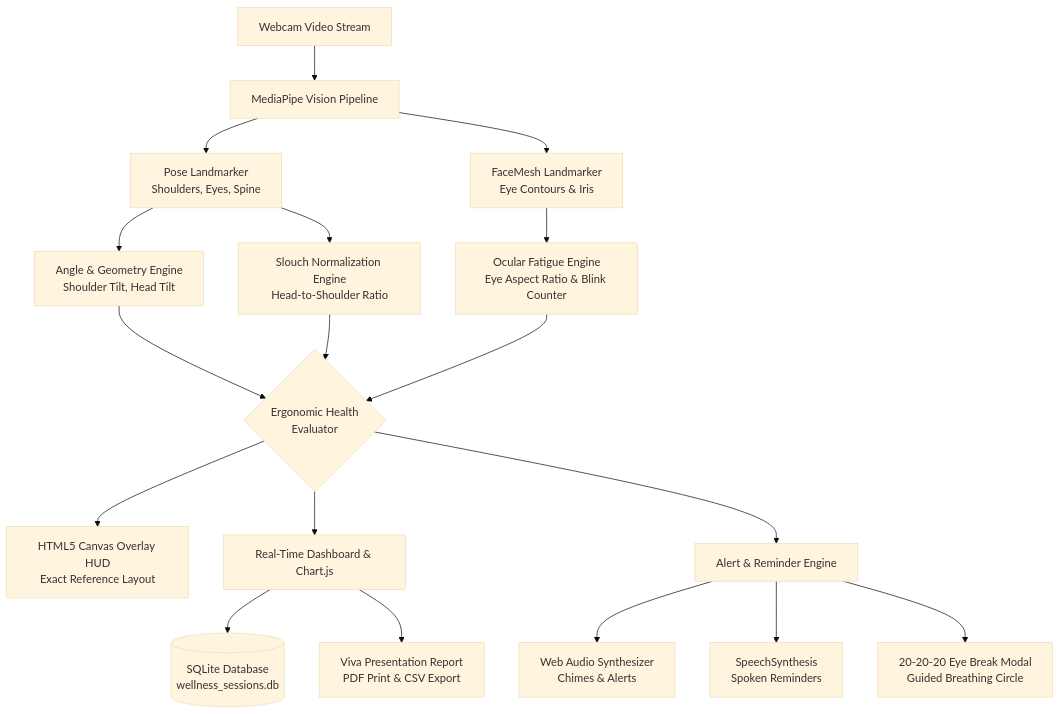
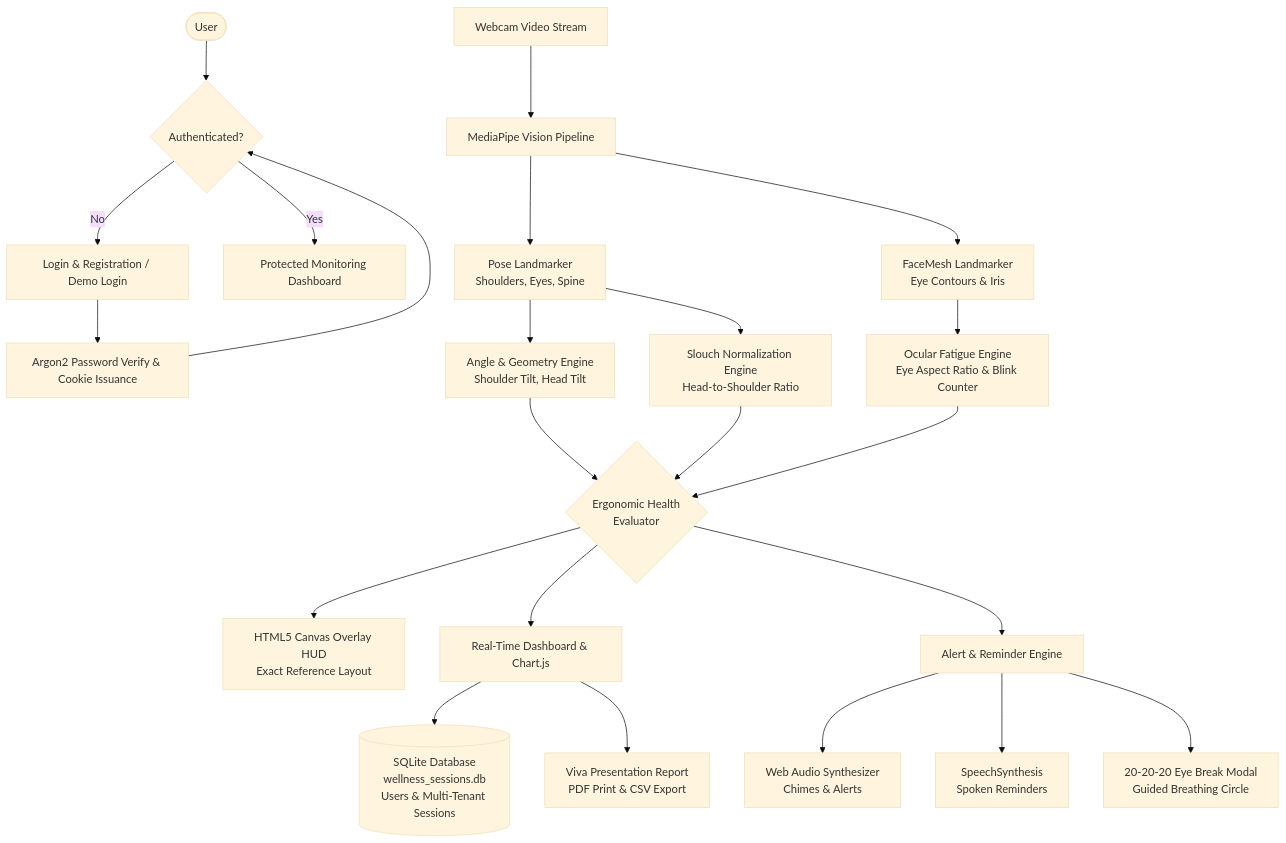
The diagram in README.md (yamalarevanth10-hub/sitting-posture-detection), drawn with Mermaid (base theme) before and after one commit. The commit also changed other lines of this file and 13 other files, not shown here.

Commit message:
feat: implement professional user authentication, multi-tenant session isolation, and account management

````diff
--- a/README.md
+++ b/README.md
@@ -77,25 +96,31 @@
 ```mermaid
 flowchart TD
+    User([User]) --> Auth{Authenticated?}
+    Auth -- No --> LoginPage[Login & Registration / Demo Login]
+    LoginPage --> AuthVerify[Argon2 Password Verify & Cookie Issuance]
+    AuthVerify --> Auth
+    Auth -- Yes --> Dashboard[Protected Monitoring Dashboard]
+
     Cam[Webcam Video Stream] --> MP[MediaPipe Vision Pipeline]
     MP --> Pose[Pose Landmarker\nShoulders, Eyes, Spine]
     MP --> Face[FaceMesh Landmarker\nEye Contours & Iris]
     
     Pose --> AngleCalc[Angle & Geometry Engine\nShoulder Tilt, Head Tilt]
     Pose --> SlouchCalc[Slouch Normalization Engine\nHead-to-Shoulder Ratio]
     Face --> EARCalc[Ocular Fatigue Engine\nEye Aspect Ratio & Blink Counter]
     
     AngleCalc --> PostureEval{Ergonomic Health\nEvaluator}
     SlouchCalc --> PostureEval
     EARCalc --> PostureEval
     
     PostureEval --> HUD[HTML5 Canvas Overlay HUD\nExact Reference Layout]
     PostureEval --> Telemetry[Real-Time Dashboard & Chart.js]
     PostureEval --> AlertSys[Alert & Reminder Engine]
     
     AlertSys --> WebAudio[Web Audio Synthesizer\nChimes & Alerts]
     AlertSys --> Voice[SpeechSynthesis\nSpoken Reminders]
     AlertSys --> BreakModal[20-20-20 Eye Break Modal\nGuided Breathing Circle]
     
-    Telemetry --> DB[(SQLite Database\nwellness_sessions.db)]
+    Telemetry --> DB[(SQLite Database\nwellness_sessions.db\nUsers & Multi-Tenant Sessions)]
     Telemetry --> Report[Viva Presentation Report\nPDF Print & CSV Export]
 ```
````
